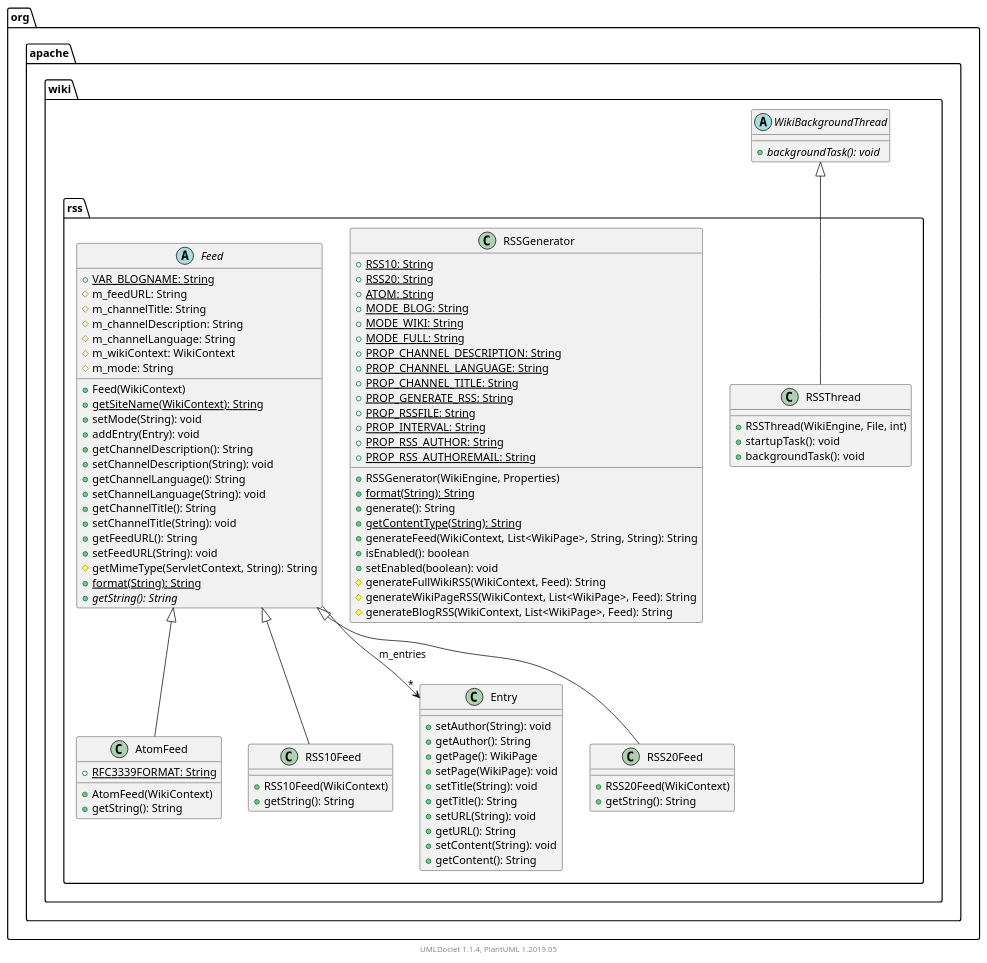
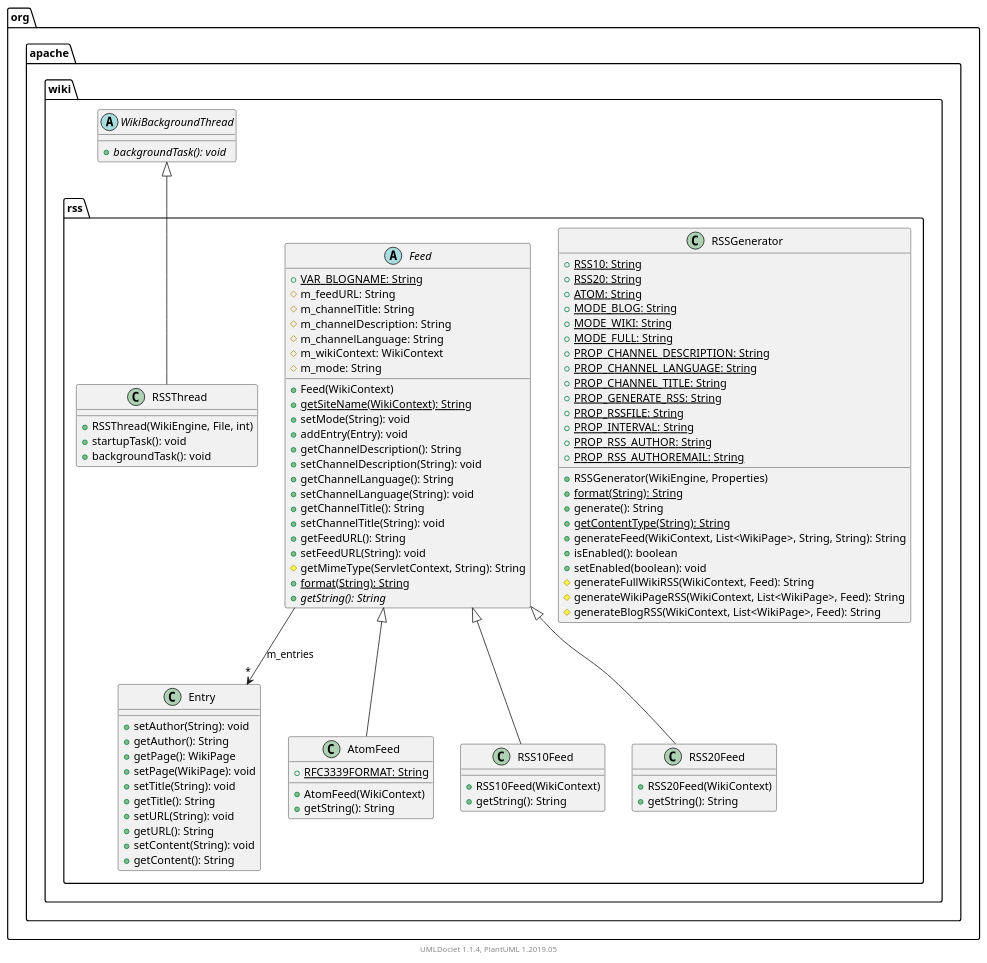
One commit to apache/jspwiki-site changed the diagram in apidocs/2.11.0.M7-SNAPSHOT/org/apache/wiki/rss/package.puml. Above: the diagram before and after it, drawn with PlantUML. The commit also changed other lines of this file and 1589 other files, not shown here.

```diff
--- a/apidocs/2.11.0.M7-SNAPSHOT/org/apache/wiki/rss/package.puml
+++ b/apidocs/2.11.0.M7-SNAPSHOT/org/apache/wiki/rss/package.puml
@@ -1,109 +1,109 @@
 @startuml
 
     namespace org.apache.wiki.rss {
 
-        class RSSThread [[RSSThread.html]] {
-            +RSSThread(WikiEngine, File, int)
-            +startupTask(): void
-            +backgroundTask(): void
+        class Entry [[Entry.html]] {
+            +setAuthor(String): void
+            +getAuthor(): String
+            +getPage(): WikiPage
+            +setPage(WikiPage): void
+            +setTitle(String): void
+            +getTitle(): String
+            +setURL(String): void
+            +getURL(): String
+            +setContent(String): void
+            +getContent(): String
+        }
+
+        class AtomFeed [[AtomFeed.html]] {
+            {static} +RFC3339FORMAT: String
+            +AtomFeed(WikiContext)
+            +getString(): String
         }
 
         class RSSGenerator [[RSSGenerator.html]] {
             {static} +RSS10: String
             {static} +RSS20: String
             {static} +ATOM: String
             {static} +MODE_BLOG: String
             {static} +MODE_WIKI: String
             {static} +MODE_FULL: String
             {static} +PROP_CHANNEL_DESCRIPTION: String
             {static} +PROP_CHANNEL_LANGUAGE: String
             {static} +PROP_CHANNEL_TITLE: String
             {static} +PROP_GENERATE_RSS: String
             {static} +PROP_RSSFILE: String
             {static} +PROP_INTERVAL: String
             {static} +PROP_RSS_AUTHOR: String
             {static} +PROP_RSS_AUTHOREMAIL: String
             +RSSGenerator(WikiEngine, Properties)
             {static} +format(String): String
             +generate(): String
             {static} +getContentType(String): String
             +generateFeed(WikiContext, List<WikiPage>, String, String): String
             +isEnabled(): boolean
             +setEnabled(boolean): void
             #generateFullWikiRSS(WikiContext, Feed): String
             #generateWikiPageRSS(WikiContext, List<WikiPage>, Feed): String
             #generateBlogRSS(WikiContext, List<WikiPage>, Feed): String
-        }
-
-        class AtomFeed [[AtomFeed.html]] {
-            {static} +RFC3339FORMAT: String
-            +AtomFeed(WikiContext)
-            +getString(): String
         }
 
         abstract class Feed [[Feed.html]] {
             {static} +VAR_BLOGNAME: String
             #m_feedURL: String
             #m_channelTitle: String
             #m_channelDescription: String
             #m_channelLanguage: String
             #m_wikiContext: WikiContext
             #m_mode: String
             +Feed(WikiContext)
             {static} +getSiteName(WikiContext): String
             +setMode(String): void
             +addEntry(Entry): void
             +getChannelDescription(): String
             +setChannelDescription(String): void
             +getChannelLanguage(): String
             +setChannelLanguage(String): void
             +getChannelTitle(): String
             +setChannelTitle(String): void
             +getFeedURL(): String
             +setFeedURL(String): void
             #getMimeType(ServletContext, String): String
             {static} +format(String): String
             {abstract} +getString(): String
         }
 
         class RSS10Feed [[RSS10Feed.html]] {
             +RSS10Feed(WikiContext)
             +getString(): String
         }
 
-        class Entry [[Entry.html]] {
-            +setAuthor(String): void
-            +getAuthor(): String
-            +getPage(): WikiPage
-            +setPage(WikiPage): void
-            +setTitle(String): void
-            +getTitle(): String
-            +setURL(String): void
-            +getURL(): String
-            +setContent(String): void
-            +getContent(): String
+        class RSSThread [[RSSThread.html]] {
+            +RSSThread(WikiEngine, File, int)
+            +startupTask(): void
+            +backgroundTask(): void
         }
 
         class RSS20Feed [[RSS20Feed.html]] {
             +RSS20Feed(WikiContext)
             +getString(): String
         }
 
+        Feed <|-- AtomFeed
+
+        Feed <|-- RSS10Feed
+
         abstract class org.apache.wiki.WikiBackgroundThread {
             {abstract} +backgroundTask(): void
         }
         org.apache.wiki.WikiBackgroundThread <|-- RSSThread
-
-        Feed <|-- AtomFeed
-
-        Feed <|-- RSS10Feed
 
         Feed <|-- RSS20Feed
 
         Feed --> "*" Entry: m_entries
 
     }
 
 
     center footer UMLDoclet 1.1.4, PlantUML 1.2019.05
 @enduml
```
